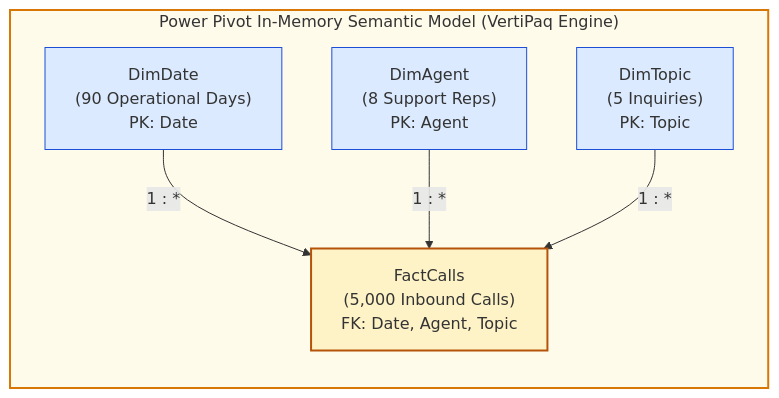
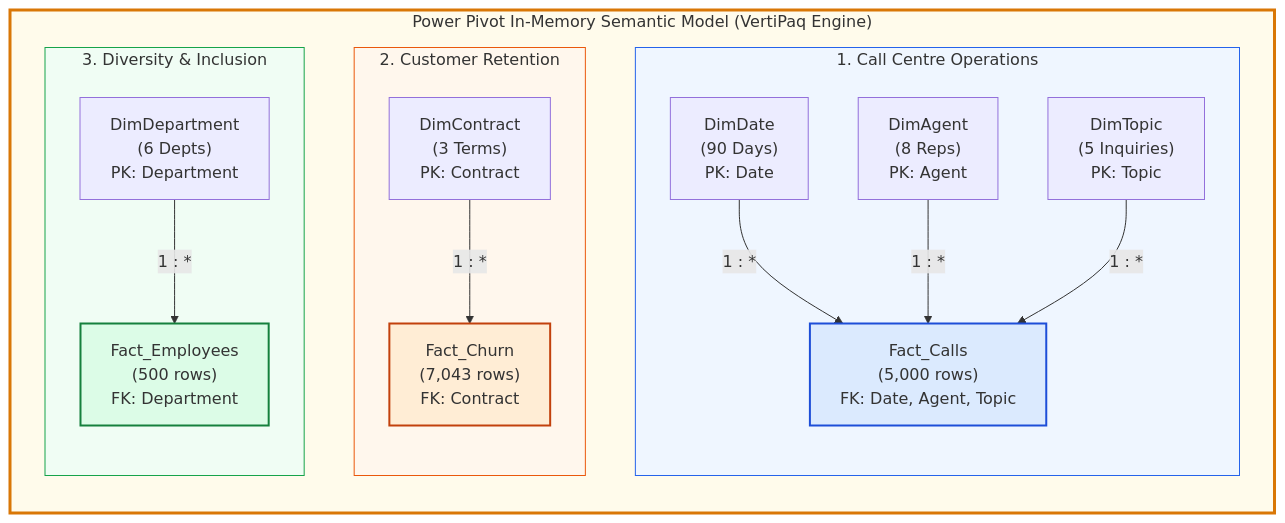
Before and after one commit to Sohila-Khaled-Abbas/COURSE-EXCEL-ZERO-TO-HERO: the third of 3 diagrams in 06_Projects/Call Center Performance Analysis/Master Project Guidance Manual.md, drawn with Mermaid. The commit also changed other lines of this file and 11 other files, not shown here.

Commit message:
feat(pwc-capstone): integrate full 3-dataset Galaxy Schema into project documentation suite

````diff
--- a/06_Projects/Call Center Performance Analysis/Master Project Guidance Manual.md
+++ b/06_Projects/Call Center Performance Analysis/Master Project Guidance Manual.md
@@ -276,21 +237,43 @@
 ```mermaid
 flowchart TD
     subgraph VertiPaq ["Power Pivot In-Memory Semantic Model (VertiPaq Engine)"]
         direction TB
         
-        DimDate["DimDate\n(90 Operational Days)\nPK: Date"]
-        DimAgent["DimAgent\n(8 Support Reps)\nPK: Agent"]
-        DimTopic["DimTopic\n(5 Inquiries)\nPK: Topic"]
-        FactCalls["FactCalls\n(5,000 Inbound Calls)\nFK: Date, Agent, Topic"]
+        subgraph Cluster1 ["1. Call Centre Operations"]
+            direction TB
+            DimDate["DimDate\n(90 Days)\nPK: Date"]
+            DimAgent["DimAgent\n(8 Reps)\nPK: Agent"]
+            DimTopic["DimTopic\n(5 Inquiries)\nPK: Topic"]
+            Fact_Calls["Fact_Calls\n(5,000 rows)\nFK: Date, Agent, Topic"]
+            
+            DimDate -->|1 : *| Fact_Calls
+            DimAgent -->|1 : *| Fact_Calls
+            DimTopic -->|1 : *| Fact_Calls
+        end
 
-        DimDate -->|1 : *| FactCalls
-        DimAgent -->|1 : *| FactCalls
-        DimTopic -->|1 : *| FactCalls
+        subgraph Cluster2 ["2. Customer Retention"]
+            direction TB
+            DimContract["DimContract\n(3 Terms)\nPK: Contract"]
+            Fact_Churn["Fact_Churn\n(7,043 rows)\nFK: Contract"]
+            
+            DimContract -->|1 : *| Fact_Churn
+        end
+
+        subgraph Cluster3 ["3. Diversity & Inclusion"]
+            direction TB
+            DimDepartment["DimDepartment\n(6 Depts)\nPK: Department"]
+            Fact_Employees["Fact_Employees\n(500 rows)\nFK: Department"]
+            
+            DimDepartment -->|1 : *| Fact_Employees
+        end
     end
 
-    style VertiPaq fill:#fffbeb,stroke:#d97706,stroke-width:2px
-    style DimDate fill:#dbeafe,stroke:#1d4ed8,stroke-width:1px
-    style DimAgent fill:#dbeafe,stroke:#1d4ed8,stroke-width:1px
-    style DimTopic fill:#dbeafe,stroke:#1d4ed8,stroke-width:1px
-    style FactCalls fill:#fef3c7,stroke:#b45309,stroke-width:2px
+    style VertiPaq fill:#fffbeb,stroke:#d97706,stroke-width:3px
+    style Cluster1 fill:#eff6ff,stroke:#2563eb,stroke-width:1px
+    style Cluster2 fill:#fff7ed,stroke:#ea580c,stroke-width:1px
+    style Cluster3 fill:#f0fdf4,stroke:#16a34a,stroke-width:1px
+    
+    style Fact_Calls fill:#dbeafe,stroke:#1d4ed8,stroke-width:2px
+    style Fact_Churn fill:#ffedd5,stroke:#c2410c,stroke-width:2px
+    style Fact_Employees fill:#dcfce7,stroke:#15803d,stroke-width:2px
 ```
````
